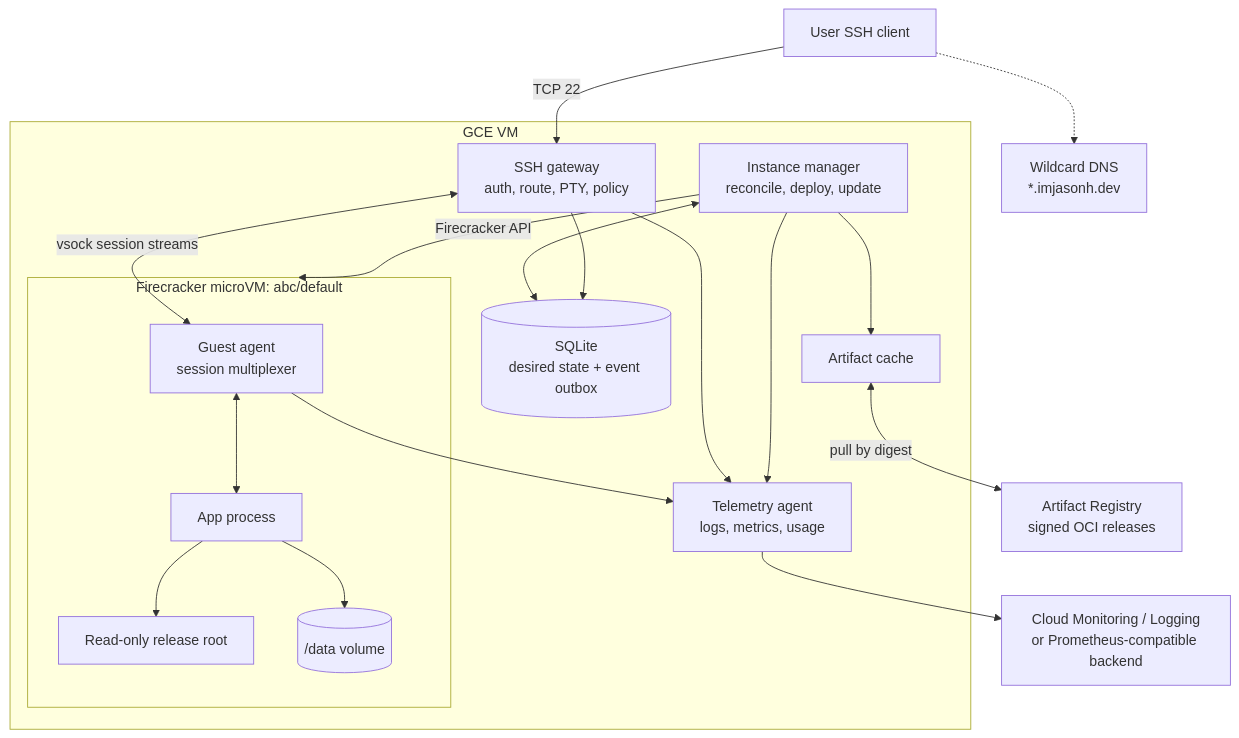
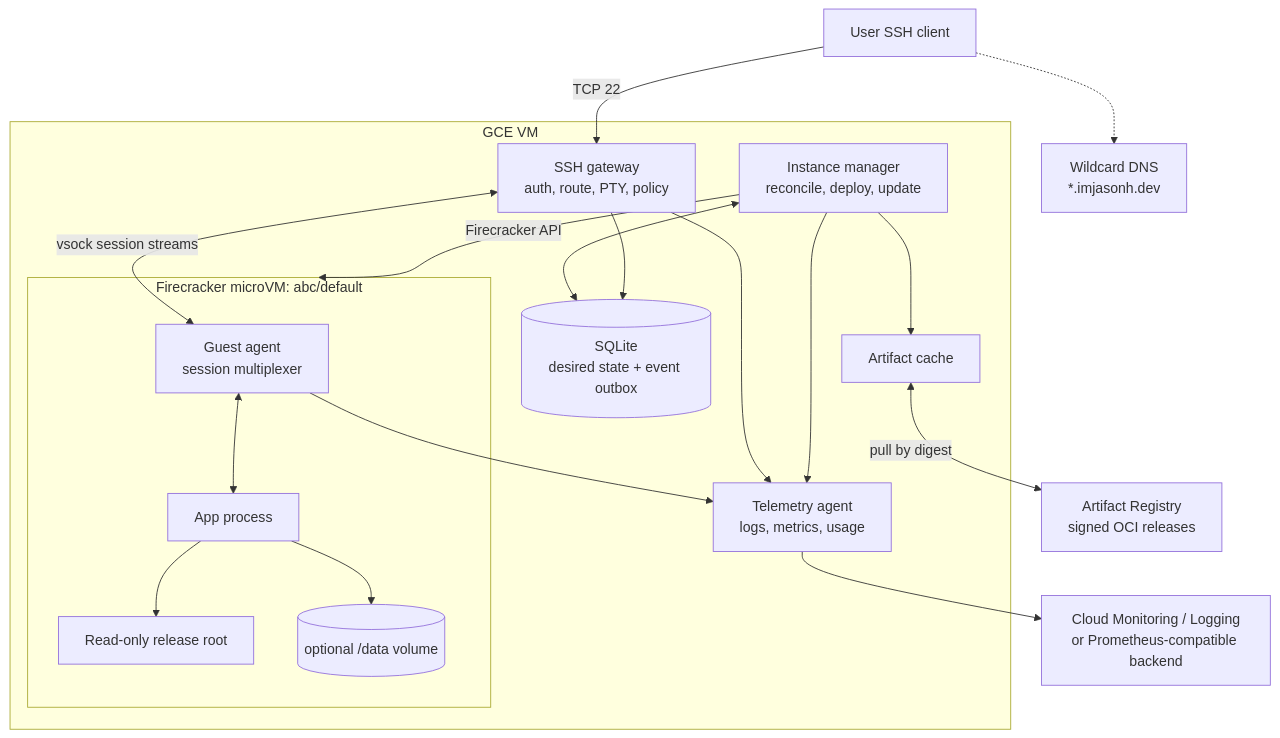
The first of 2 diagrams in docs/ssh-app-platform.md (imjasonh/playground), drawn with Mermaid before and after one commit. The commit also changed other lines of this file, not shown here.

````diff
--- a/docs/ssh-app-platform.md
+++ b/docs/ssh-app-platform.md
@@ -138,40 +143,40 @@
 ```mermaid
 flowchart TB
     U["User SSH client"]
     DNS["Wildcard DNS<br/>*.imjasonh.dev"]
 
     subgraph GCE["GCE VM"]
         GW["SSH gateway<br/>auth, route, PTY, policy"]
         MGR["Instance manager<br/>reconcile, deploy, update"]
         DB[("SQLite<br/>desired state + event outbox")]
         OBS["Telemetry agent<br/>logs, metrics, usage"]
         REG["Artifact cache"]
 
         subgraph FC["Firecracker microVM: abc/default"]
             AG["Guest agent<br/>session multiplexer"]
             APP["App process"]
             ROOT["Read-only release root"]
-            DATA[("/data volume")]
+            DATA[("optional /data volume")]
             AG <--> APP
             APP --> DATA
             APP --> ROOT
         end
 
         GW <-->|"vsock session streams"| AG
         MGR -->|"Firecracker API"| FC
         MGR <--> DB
         MGR --> REG
         GW --> DB
         GW --> OBS
         MGR --> OBS
         AG --> OBS
     end
 
     AR["Artifact Registry<br/>signed OCI releases"]
     MON["Cloud Monitoring / Logging<br/>or Prometheus-compatible backend"]
 
     U -->|"TCP 22"| GW
     U -.-> DNS
     REG <-->|"pull by digest"| AR
     OBS --> MON
 ```
````
